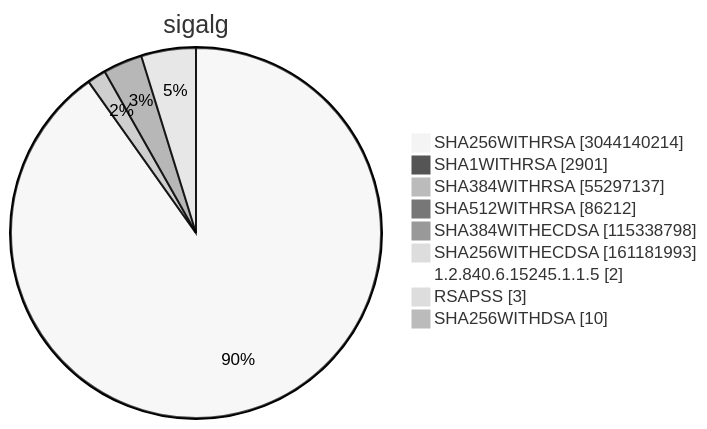
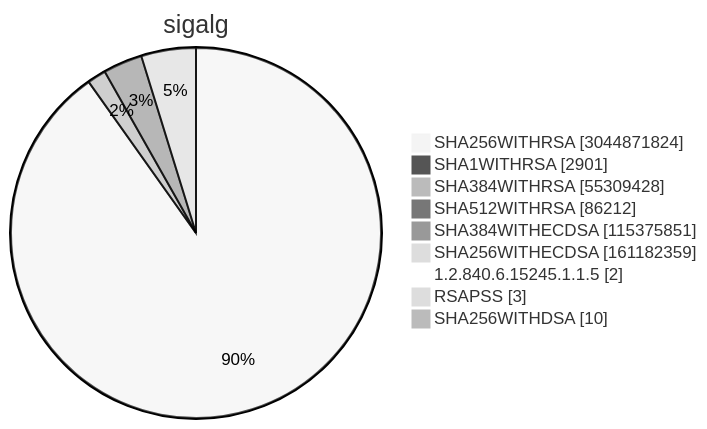
Diagram 15 of 15 in TOTAL/README.md (christiankrug/ctmonitor_visualization), drawn with Mermaid (neutral theme) before and after one commit. The commit also changed other lines of this file, not shown here.

````diff
--- a/TOTAL/README.md
+++ b/TOTAL/README.md
@@ -6208,13 +6208,13 @@
 ```mermaid
 pie showData
 title sigalg
-"SHA256WITHRSA" :3044140214
+"SHA256WITHRSA" :3044871824
 "SHA1WITHRSA" :2901
-"SHA384WITHRSA" :55297137
+"SHA384WITHRSA" :55309428
 "SHA512WITHRSA" :86212
-"SHA384WITHECDSA" :115338798
-"SHA256WITHECDSA" :161181993
+"SHA384WITHECDSA" :115375851
+"SHA256WITHECDSA" :161182359
 "1.2.840.6.15245.1.1.5" :2
 "RSAPSS" :3
 "SHA256WITHDSA" :10
 ```
````
